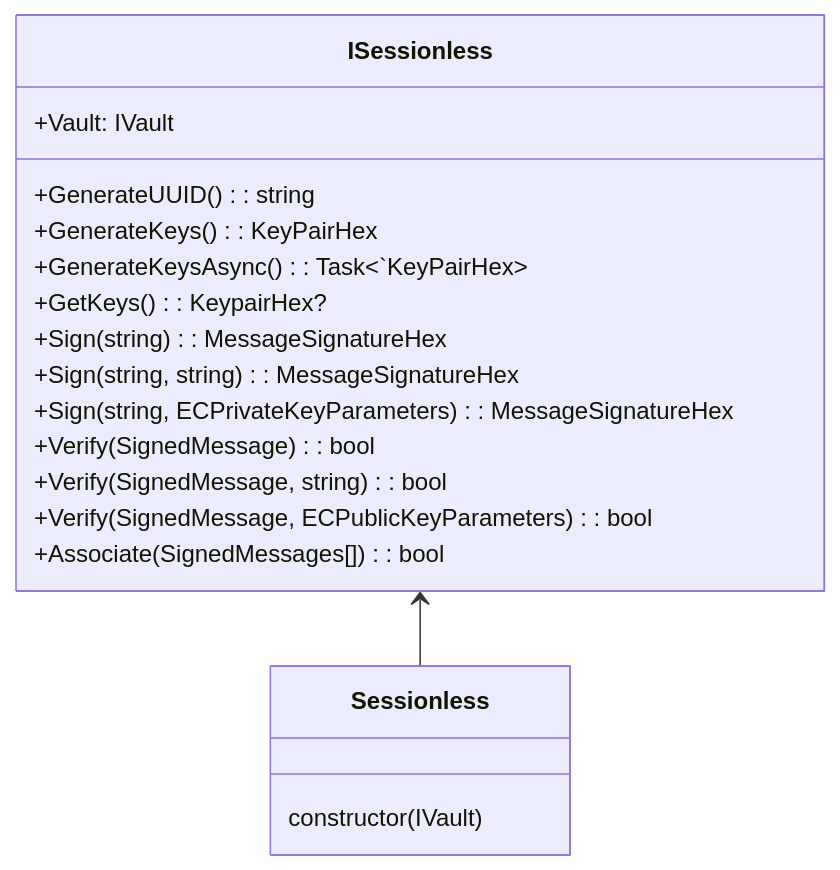
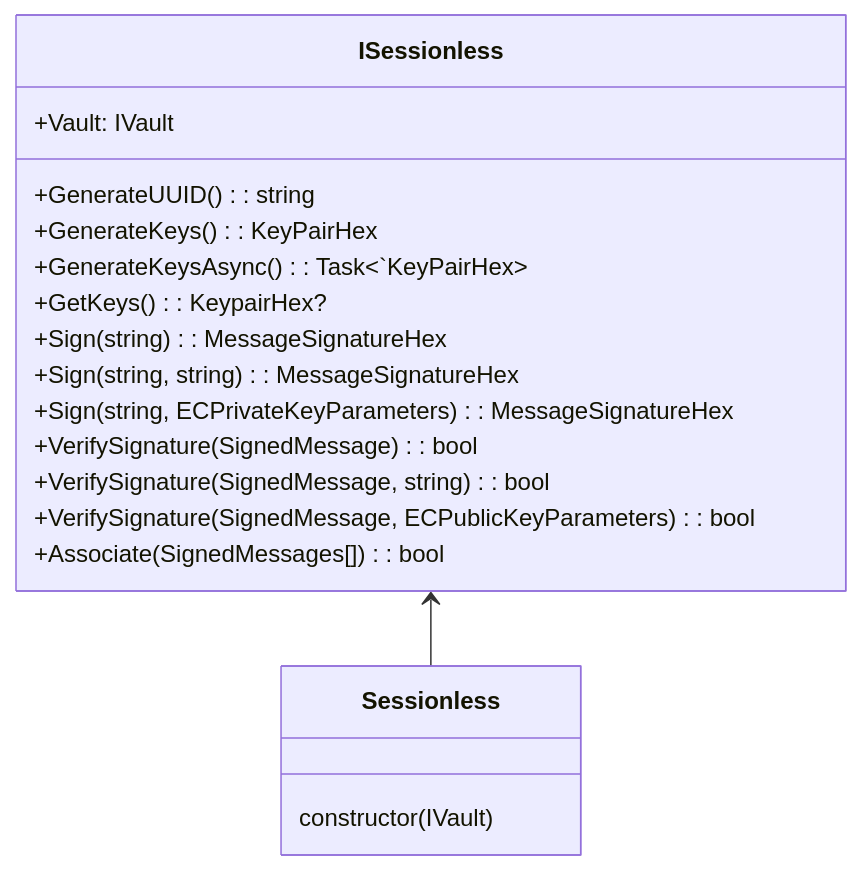
One commit to planet-nine-app/sessionless changed the first of 5 diagrams in src/csharp/README.md. Above: the diagram before and after it, drawn with Mermaid. The commit also changed other lines of this file, not shown here.

````diff
--- a/src/csharp/README.md
+++ b/src/csharp/README.md
@@ -3,21 +3,21 @@
 ```mermaid
 classDiagram
   class ISessionless {
     +Vault: IVault
     +GenerateUUID(): string
     +GenerateKeys(): KeyPairHex
     +GenerateKeysAsync(): Task<`KeyPairHex>
     +GetKeys(): KeypairHex?
     +Sign(string): MessageSignatureHex
     +Sign(string, string): MessageSignatureHex
     +Sign(string, ECPrivateKeyParameters): MessageSignatureHex
-    +Verify(SignedMessage): bool
-    +Verify(SignedMessage, string): bool
-    +Verify(SignedMessage, ECPublicKeyParameters): bool
+    +VerifySignature(SignedMessage): bool
+    +VerifySignature(SignedMessage, string): bool
+    +VerifySignature(SignedMessage, ECPublicKeyParameters): bool
     +Associate(SignedMessages[]): bool
   }
   class Sessionless {
     constructor(IVault)
   }
   ISessionless <-- Sessionless
 ```
````
